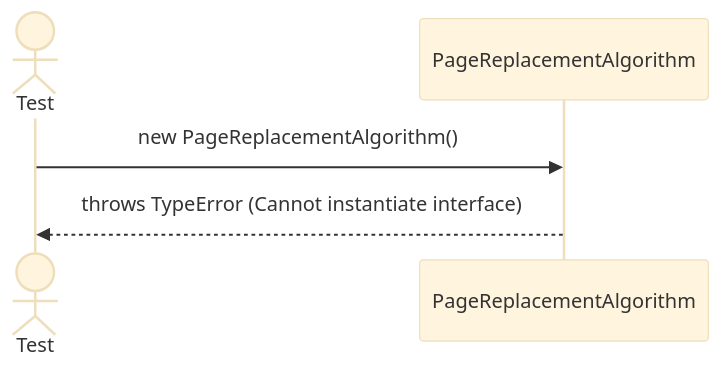
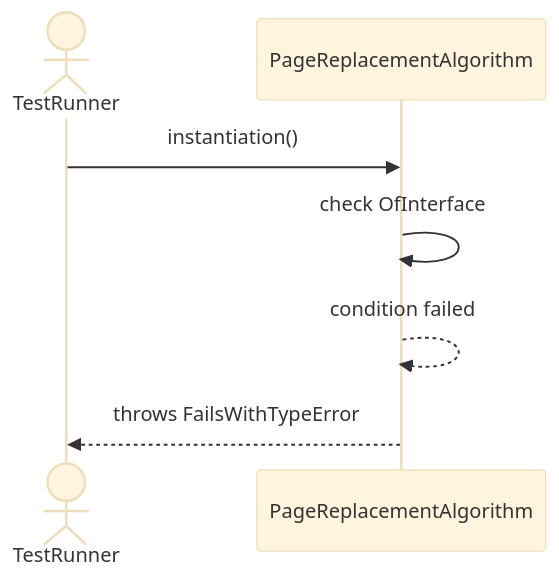
The diagram in Sequences/StorageEngine/PageReplacementAlgorithm.md (TamBui1706/DBMS), drawn with Mermaid (base theme) before and after one commit. The commit also changed other lines of this file and 63 other files, not shown here.

Commit message:
Draw sequence diagram for unit tests

````diff
--- a/Sequences/StorageEngine/PageReplacementAlgorithm.md
+++ b/Sequences/StorageEngine/PageReplacementAlgorithm.md
@@ -14,8 +14,9 @@
 ```mermaid
 sequenceDiagram
-    actor Test
+    actor TestRunner
     participant PageReplacementAlgorithm
-
-    Test->>PageReplacementAlgorithm: new PageReplacementAlgorithm()
-    PageReplacementAlgorithm-->>Test: throws TypeError (Cannot instantiate interface)
+    TestRunner->>PageReplacementAlgorithm: instantiation()
+    PageReplacementAlgorithm->>PageReplacementAlgorithm: check OfInterface
+    PageReplacementAlgorithm-->>PageReplacementAlgorithm: condition failed
+    PageReplacementAlgorithm-->>TestRunner: throws FailsWithTypeError
 ```
````
